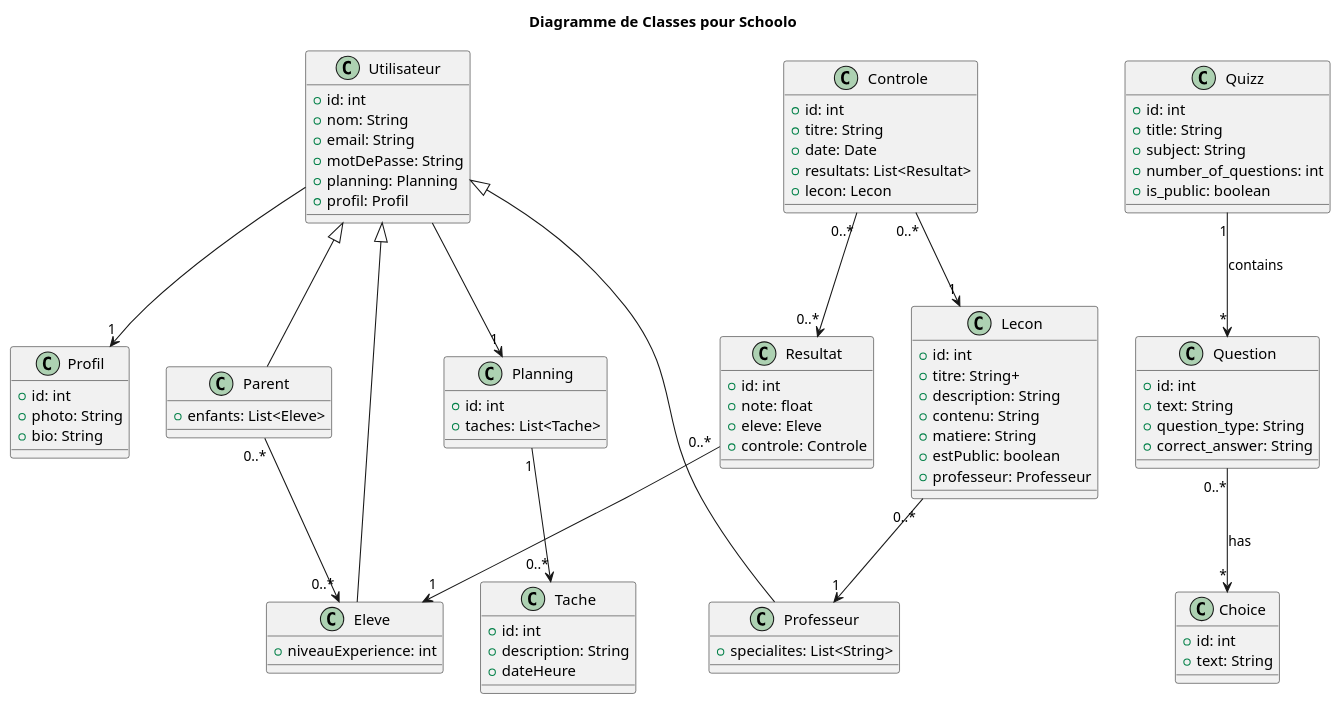
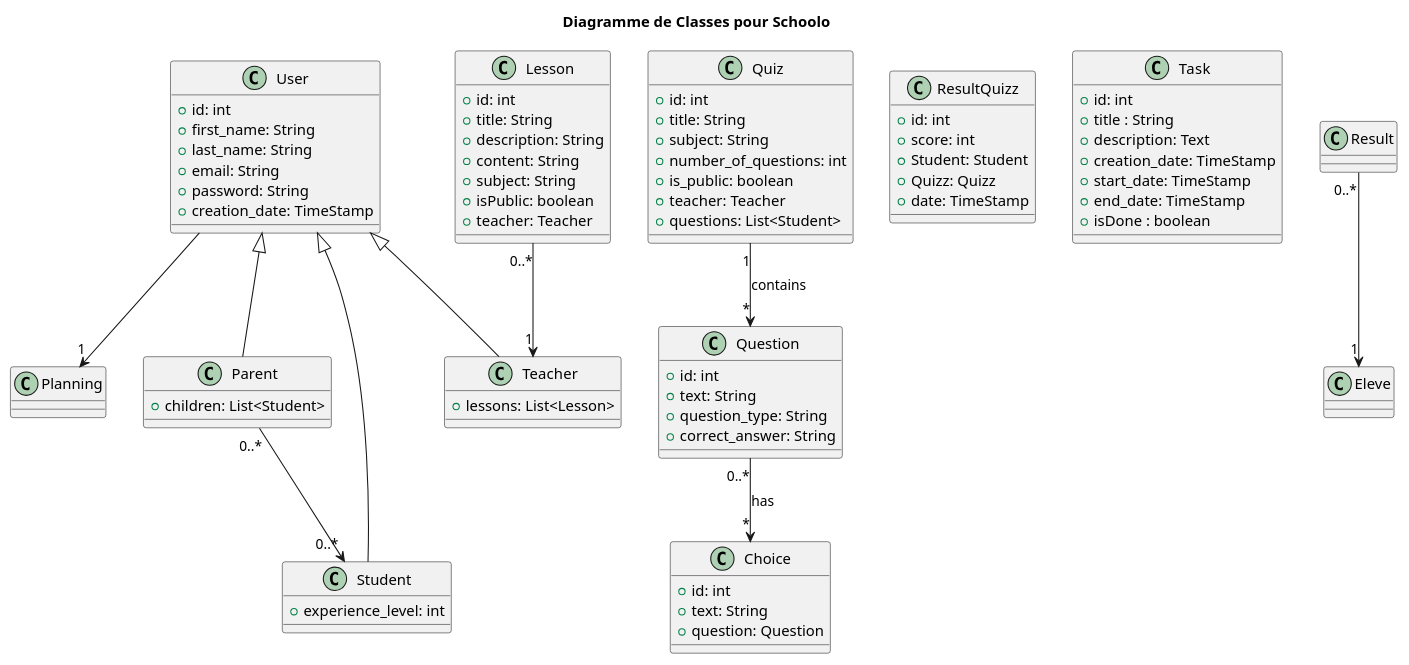
One commit to PIROSS-Dynamics/Schoolo-back changed the diagram in docs/diagramme/schoolo.puml. Above: the diagram before and after it, drawn with PlantUML. The commit also changed 16 other files, not shown here.

Commit message:
Creation apps stats and activity, with modification of User model, schedule model removed, task model on activity, quizz result model on stats

```diff
--- a/docs/diagramme/schoolo.puml
+++ b/docs/diagramme/schoolo.puml
@@ -1,100 +1,100 @@
 @startuml
 title Diagramme de Classes pour Schoolo
 
-class Utilisateur {
+class User {
     +id: int
-    +nom: String
+    +first_name: String
+    +last_name: String
     +email: String
-    +motDePasse: String
-    +planning: Planning
-    +profil: Profil
+    +password: String
+    +creation_date: TimeStamp
+}
+
+class Student extends User {
+    +experience_level: int
+}
+
+class Teacher extends User {
+    +lessons: List<Lesson>
+}
+
+class Parent extends User {
+    +children: List<Student>
 }
 
 
-class Profil {
+class Lesson {
     +id: int
-    +photo: String
-    +bio: String
+    +title: String
+    +description: String
+    +content: String
+    +subject: String
+    +isPublic: boolean
+    +teacher: Teacher
 }
 
-class Eleve extends Utilisateur {
-    +niveauExperience: int
-}
-
-class Professeur extends Utilisateur {
-    +specialites: List<String>
-}
-
-class Parent extends Utilisateur {
-    +enfants: List<Eleve>
-}
-
-class Lecon {
-    +id: int
-    +titre: String+
-    +description: String
-    +contenu: String
-    +matiere: String
-    +estPublic: boolean
-    +professeur: Professeur
-}
-
-class Controle {
-    +id: int
-    +titre: String
-    +date: Date
-    +resultats: List<Resultat>
-    +lecon: Lecon
-}
-
-class Resultat {
-    +id: int
-    +note: float
-    +eleve: Eleve
-    +controle: Controle
-}
-
-class Planning {
-    +id: int
-    +taches: List<Tache>
-}
-
-class Tache {
-    +id: int
-    +description: String
-    +dateHeure
-}
-class Quizz {
+class Quiz {
     +id: int
     +title: String
     +subject: String
     +number_of_questions: int
     +is_public: boolean
+    +teacher: Teacher
+    +questions: List<Student>
 }
 
 class Question {
     +id: int
     +text: String
     +question_type: String
     +correct_answer: String
 }
 
 class Choice {
     +id: int
     +text: String
+    +question: Question
 }
 
-Quizz "1" --> "*" Question : contains
+class ResultQuizz {
+    +id: int 
+    +score: int
+    +Student: Student
+    +Quizz: Quizz
+    +date: TimeStamp
+}
+
+
+class Task {
+    +id: int
+    +title : String
+    +description: Text
+    +creation_date: TimeStamp
+    +start_date: TimeStamp
+    +end_date: TimeStamp
+    +isDone : boolean
+}
+
+
+Quiz "1" --> "*" Question : contains
 Question "0..*" --> "*" Choice : has
-Utilisateur  --> "1" Planning
-Utilisateur  --> "1" Profil
-Parent "0..*" --> "0..*" Eleve
-Lecon "0..*" --> "1" Professeur
-Controle "0..*" --> "1" Lecon
-Resultat "0..*" --> "1" Eleve
-Controle "0..*" --> "0..*" Resultat
-Planning "1" --> "0..*" Tache
+User  --> "1" Planning
+Parent "0..*" --> "0..*" Student
+Lesson "0..*" --> "1" Teacher
+Result "0..*" --> "1" Eleve
+
+' class Controle {
+'     +id: int
+'     +titre: String
+'     +date: Date
+'     +resultats: List<Resultat>
+'     +lecon: Lecon
+' }
+
+' Controle "0..*" --> "1" Lecon
+' Controle "0..*" --> "0..*" Resultat
+' Planning "1" --> "0..*" Tache
 
 
 
 @enduml
```
